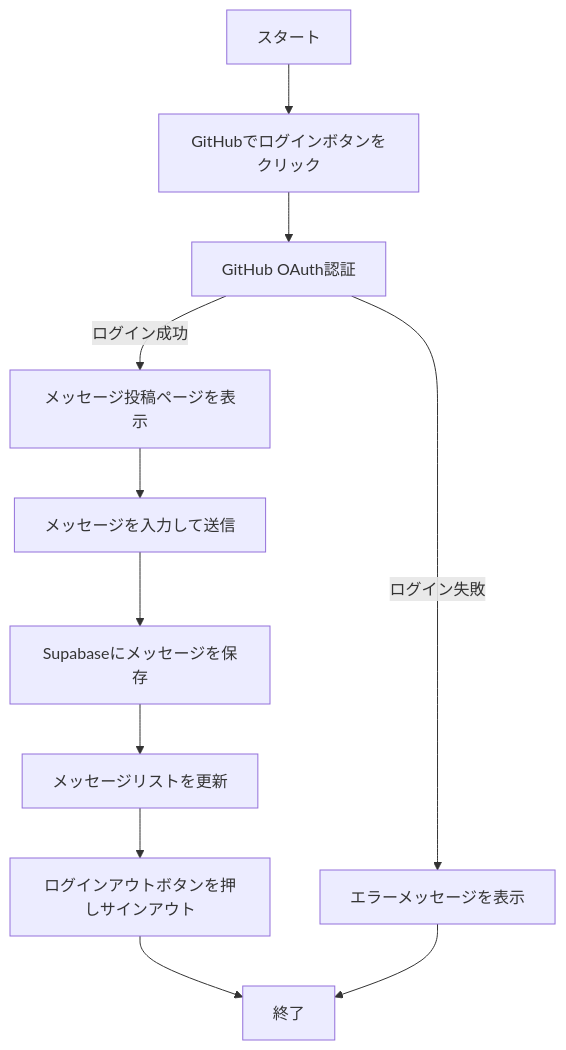
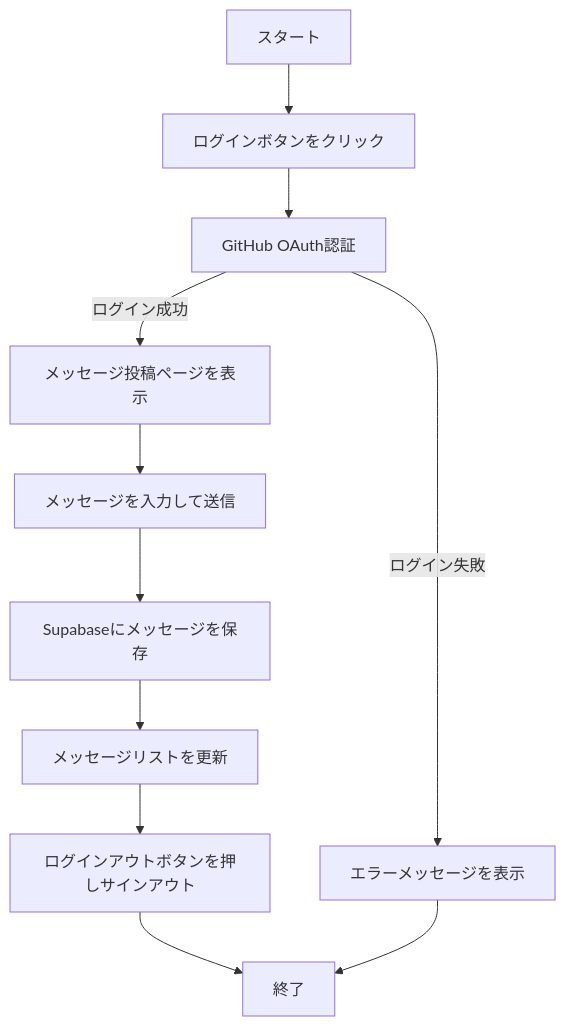
The diagram in README.md (LemonJsx/DirectChat), drawn with Mermaid before and after one commit.

Commit message:
chart change

`````diff
--- a/README.md
+++ b/README.md
@@ -6,13 +6,13 @@
 ```mermaid
 graph TD
-    A[スタート] --> B[GitHubでログインボタンをクリック]
+    A[スタート] --> B[ログインボタンをクリック]
     B --> C[GitHub OAuth認証]
     C -->|ログイン成功| D[メッセージ投稿ページを表示]
     C -->|ログイン失敗| E[エラーメッセージを表示]
     D --> F[メッセージを入力して送信]
     F --> G[Supabaseにメッセージを保存]
     G --> H[メッセージリストを更新]
     H --> I[ログインアウトボタンを押しサインアウト]
     I --> J[終了]
     E --> J
 ````
`````
